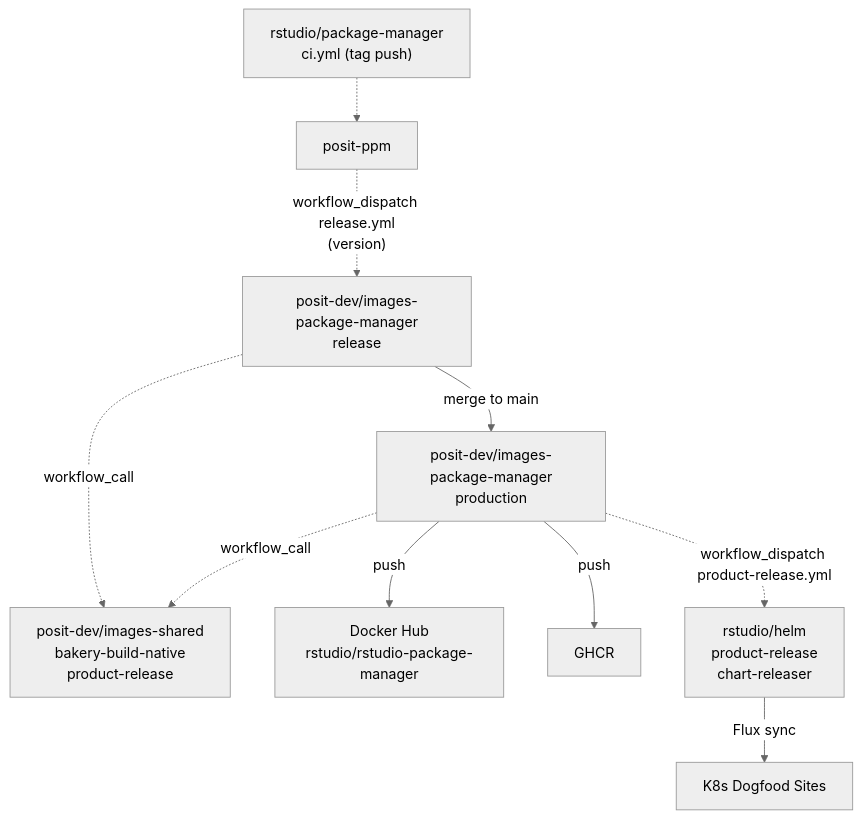
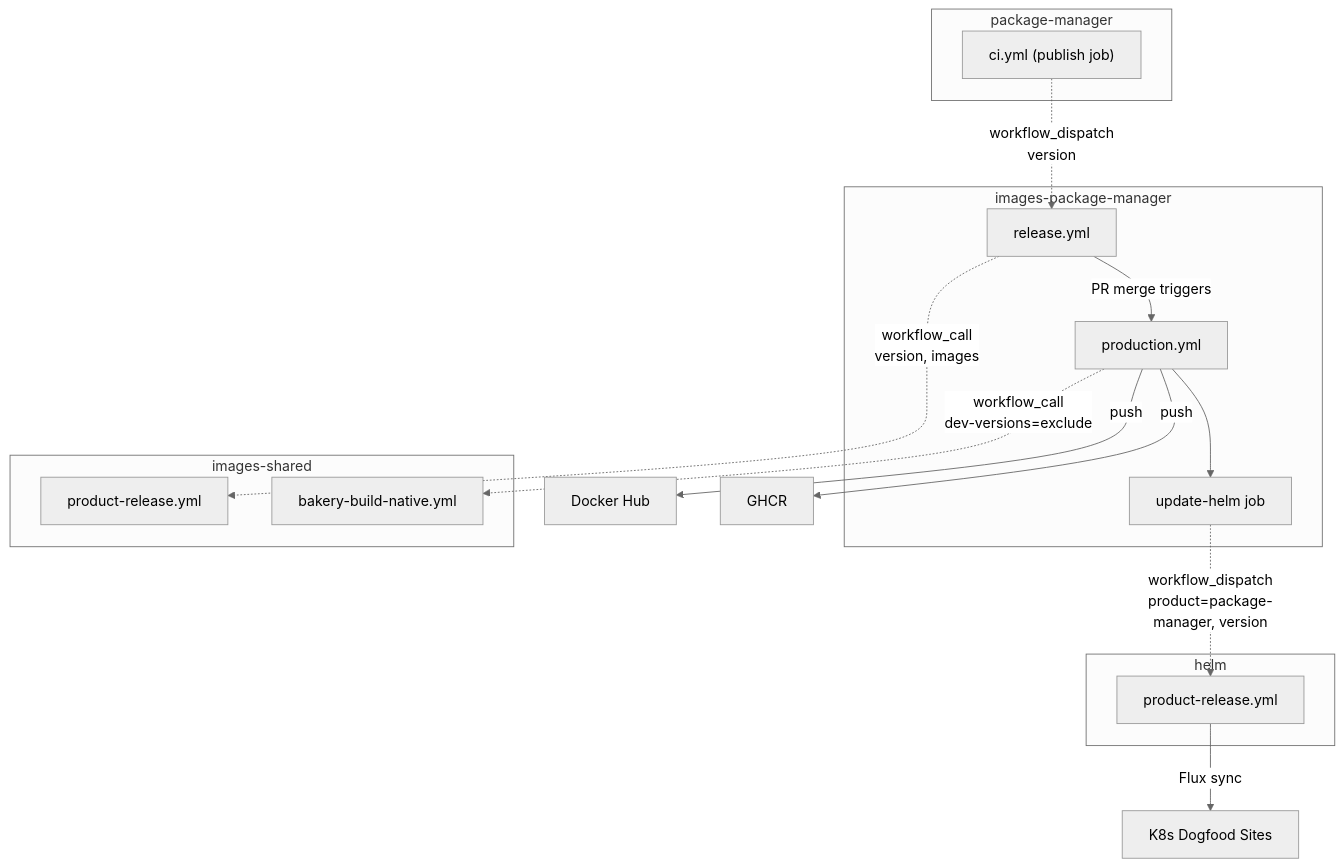
Before and after one commit to posit-dev/images-shared: the eighth of 9 diagrams in posit-bakery/docs/cross-repo-workflows.qmd, drawn with Mermaid (neutral theme). The commit also changed other lines of this file, not shown here.

First line of the commit message:
Update cross-repo workflow diagrams

````diff
--- a/posit-bakery/docs/cross-repo-workflows.qmd
+++ b/posit-bakery/docs/cross-repo-workflows.qmd
@@ -300,31 +320,44 @@
 ```{mermaid}
 %%| fig-cap: "Package Manager Production Flow"
 graph TD
-    PROD["rstudio/package-manager<br/>ci.yml (tag push)"]
-    BOT["posit-ppm"]
+    subgraph package-manager
+        CI["ci.yml (publish job)"]
+    end
 
-    PROD -.-> BOT
-    BOT -.->|"workflow_dispatch release.yml<br/>(version)"| IMG_RELEASE
+    CI -.->|"workflow_dispatch<br/>version"| REL
 
-    SHARED["posit-dev/images-shared<br/>bakery-build-native<br/>product-release"]
+    subgraph images-package-manager
+        REL["release.yml"]
+        PROD_WF["production.yml"]
+        HELM_JOB["update-helm job"]
+    end
 
-    IMG_RELEASE["posit-dev/images-package-manager<br/>release"]
-    IMG_PROD["posit-dev/images-package-manager<br/>production"]
+    REL -.->|"workflow_call<br/>version, images"| PRODUCT_REL
 
-    IMG_RELEASE -.->|workflow_call| SHARED
-    IMG_PROD -.->|workflow_call| SHARED
+    subgraph images-shared
+        PRODUCT_REL["product-release.yml"]
+        SHARED["bakery-build-native.yml"]
+    end
 
-    IMG_RELEASE -->|"merge to main"| IMG_PROD
+    REL -->|"PR merge triggers"| PROD_WF
+    PROD_WF -.->|"workflow_call<br/>dev-versions=exclude"| SHARED
 
-    IMG_PROD -->|push| DOCKERHUB
-    IMG_PROD -->|push| GHCR
+    PROD_WF --> HELM_JOB
+    HELM_JOB -.->|"workflow_dispatch<br/>product=package-manager, version"| HELM_WF
 
-    DOCKERHUB["Docker Hub<br/>rstudio/rstudio-package-manager"]
-    GHCR["GHCR"]
+    PROD_WF -->|push| DOCKERHUB["Docker Hub"]
+    PROD_WF -->|push| GHCR["GHCR"]
 
-    IMG_PROD -.->|"workflow_dispatch product-release.yml"| HELM
-    HELM["rstudio/helm<br/>product-release<br/>chart-releaser"]
-    HELM -->|Flux sync| K8S
+    subgraph helm
+        HELM_WF["product-release.yml"]
+    end
 
-    K8S["K8s Dogfood Sites"]
+    HELM_WF -->|Flux sync| K8S["K8s Dogfood Sites"]
+
+    click CI "https://github.com/rstudio/package-manager/blob/main/.github/workflows/ci.yml" _blank
+    click REL "https://github.com/posit-dev/images-package-manager/blob/main/.github/workflows/release.yml" _blank
+    click PROD_WF "https://github.com/posit-dev/images-package-manager/blob/main/.github/workflows/production.yml" _blank
+    click PRODUCT_REL "https://github.com/posit-dev/images-shared/blob/main/.github/workflows/product-release.yml" _blank
+    click SHARED "https://github.com/posit-dev/images-shared/blob/main/.github/workflows/bakery-build-native.yml" _blank
+    click HELM_WF "https://github.com/rstudio/helm/blob/main/.github/workflows/product-release.yml" _blank
 ```
````
